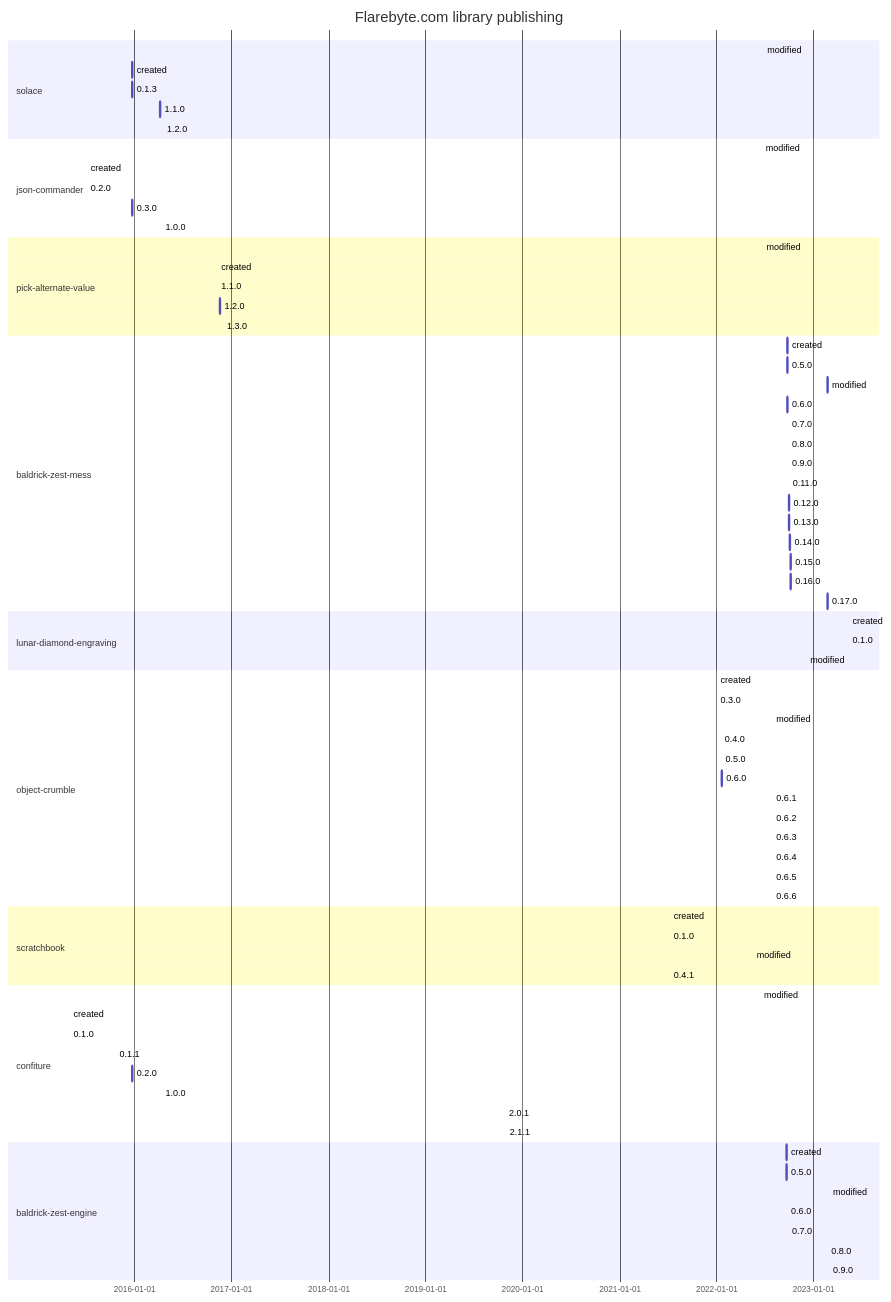
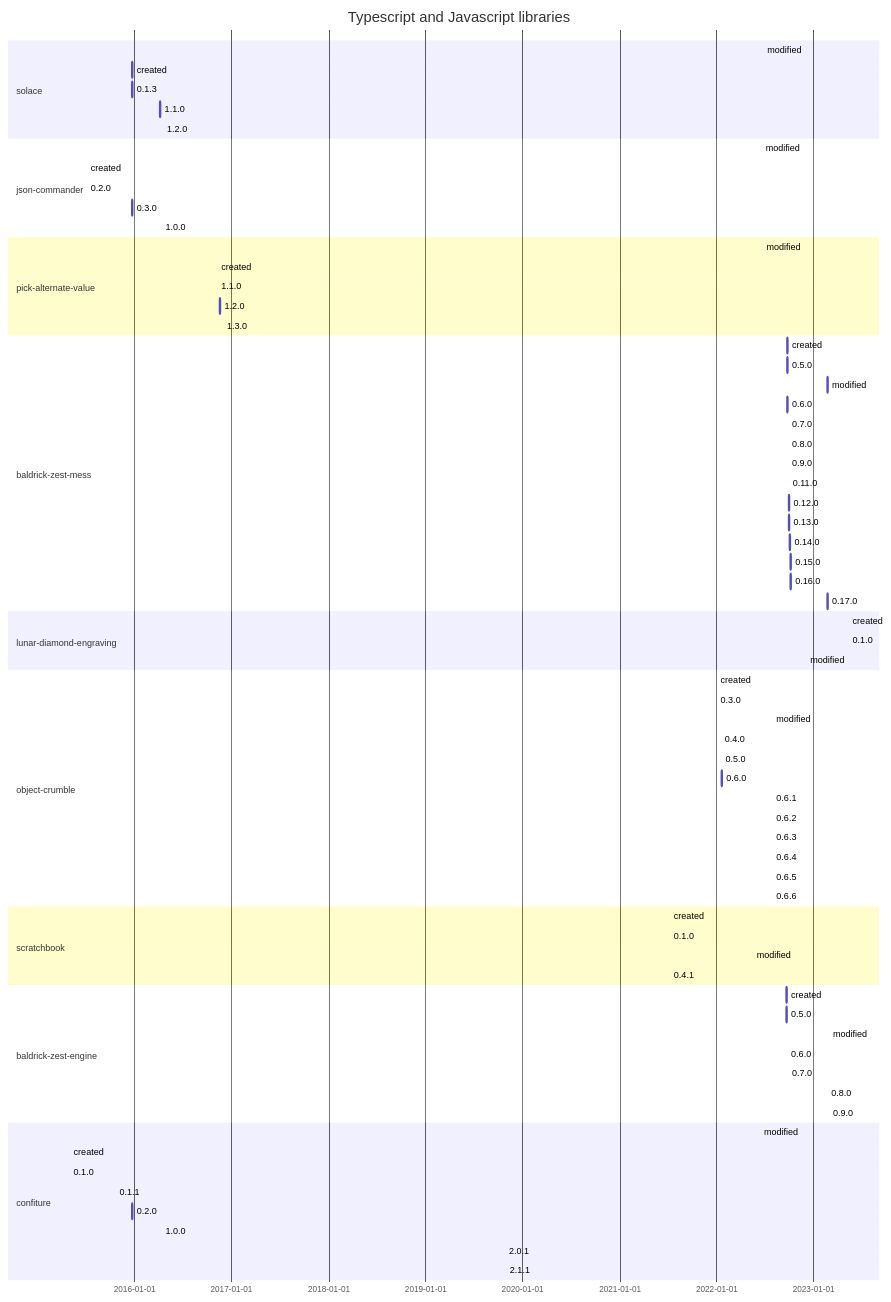
Before and after one commit to flarebyte/overview: the diagram in SOFTWARE-TIMELINE.md, drawn with Mermaid. The commit also changed other lines of this file and 1 other file, not shown here.

Commit message:
better formatting for gantt

````diff
--- a/SOFTWARE-TIMELINE.md
+++ b/SOFTWARE-TIMELINE.md
@@ -6,95 +6,95 @@
 ```mermaid
 gantt
-    title Flarebyte.com library publishing
+    title Typescript and Javascript libraries
     dateFormat  YYYY-MM-DD
 
     section solace
-   modified:, 2022-06-26, 1d
-   created:, 2015-12-25, 1d
-   0.1.3:, 2015-12-25, 1d
-   1.1.0:, 2016-04-08, 1d
-   1.2.0:, 2016-04-18, 1d
+    modified:, 2022-06-26, 1d
+    created:, 2015-12-25, 1d
+    0.1.3:, 2015-12-25, 1d
+    1.1.0:, 2016-04-08, 1d
+    1.2.0:, 2016-04-18, 1d
 
 
     section json-commander
-   modified:, 2022-06-19, 1d
-   created:, 2015-07-07, 1d
-   0.2.0:, 2015-07-07, 1d
-   0.3.0:, 2015-12-25, 1d
-   1.0.0:, 2016-04-13, 1d
+    modified:, 2022-06-19, 1d
+    created:, 2015-07-07, 1d
+    0.2.0:, 2015-07-07, 1d
+    0.3.0:, 2015-12-25, 1d
+    1.0.0:, 2016-04-13, 1d
 
 
     section pick-alternate-value
-   modified:, 2022-06-23, 1d
-   created:, 2016-11-07, 1d
-   1.1.0:, 2016-11-07, 1d
-   1.2.0:, 2016-11-19, 1d
-   1.3.0:, 2016-11-30, 1d
+    modified:, 2022-06-23, 1d
+    created:, 2016-11-07, 1d
+    1.1.0:, 2016-11-07, 1d
+    1.2.0:, 2016-11-19, 1d
+    1.3.0:, 2016-11-30, 1d
 
 
     section baldrick-zest-mess
-   created:, 2022-09-25, 1d
-   0.5.0:, 2022-09-25, 1d
-   modified:, 2023-02-23, 1d
-   0.6.0:, 2022-09-25, 1d
-   0.7.0:, 2022-09-26, 1d
-   0.8.0:, 2022-09-26, 1d
-   0.9.0:, 2022-09-26, 1d
-   0.11.0:, 2022-09-30, 1d
-   0.12.0:, 2022-10-01, 1d
-   0.13.0:, 2022-10-01, 1d
-   0.14.0:, 2022-10-04, 1d
-   0.15.0:, 2022-10-07, 1d
-   0.16.0:, 2022-10-07, 1d
-   0.17.0:, 2023-02-23, 1d
+    created:, 2022-09-25, 1d
+    0.5.0:, 2022-09-25, 1d
+    modified:, 2023-02-23, 1d
+    0.6.0:, 2022-09-25, 1d
+    0.7.0:, 2022-09-26, 1d
+    0.8.0:, 2022-09-26, 1d
+    0.9.0:, 2022-09-26, 1d
+    0.11.0:, 2022-09-30, 1d
+    0.12.0:, 2022-10-01, 1d
+    0.13.0:, 2022-10-01, 1d
+    0.14.0:, 2022-10-04, 1d
+    0.15.0:, 2022-10-07, 1d
+    0.16.0:, 2022-10-07, 1d
+    0.17.0:, 2023-02-23, 1d
 
 
     section lunar-diamond-engraving
-   created:, 2023-05-12, 1d
-   0.1.0:, 2023-05-12, 1d
-   modified:, 2023-05-12, 1d
+    created:, 2023-05-12, 1d
+    0.1.0:, 2023-05-12, 1d
+    modified:, 2023-05-12, 1d
 
 
     section object-crumble
-   created:, 2022-01-01, 1d
-   0.3.0:, 2022-01-01, 1d
-   modified:, 2022-07-29, 1d
-   0.4.0:, 2022-01-16, 1d
-   0.5.0:, 2022-01-20, 1d
-   0.6.0:, 2022-01-21, 1d
-   0.6.1:, 2022-07-29, 1d
-   0.6.2:, 2022-07-29, 1d
-   0.6.3:, 2022-07-29, 1d
-   0.6.4:, 2022-07-29, 1d
-   0.6.5:, 2022-07-29, 1d
-   0.6.6:, 2022-07-29, 1d
+    created:, 2022-01-01, 1d
+    0.3.0:, 2022-01-01, 1d
+    modified:, 2022-07-29, 1d
+    0.4.0:, 2022-01-16, 1d
+    0.5.0:, 2022-01-20, 1d
+    0.6.0:, 2022-01-21, 1d
+    0.6.1:, 2022-07-29, 1d
+    0.6.2:, 2022-07-29, 1d
+    0.6.3:, 2022-07-29, 1d
+    0.6.4:, 2022-07-29, 1d
+    0.6.5:, 2022-07-29, 1d
+    0.6.6:, 2022-07-29, 1d
 
 
     section scratchbook
-   created:, 2021-07-08, 1d
-   0.1.0:, 2021-07-08, 1d
-   modified:, 2022-05-17, 1d
-   0.4.1:, 2021-07-09, 1d
+    created:, 2021-07-08, 1d
+    0.1.0:, 2021-07-08, 1d
+    modified:, 2022-05-17, 1d
+    0.4.1:, 2021-07-09, 1d
+
+
+    section baldrick-zest-engine
+    created:, 2022-09-21, 1d
+    0.5.0:, 2022-09-21, 1d
+    modified:, 2023-02-27, 1d
+    0.6.0:, 2022-09-23, 1d
+    0.7.0:, 2022-09-26, 1d
+    0.8.0:, 2023-02-21, 1d
+    0.9.0:, 2023-02-27, 1d
 
 
     section confiture
-   modified:, 2022-06-13, 1d
-   created:, 2015-05-03, 1d
-   0.1.0:, 2015-05-03, 1d
-   0.1.1:, 2015-10-23, 1d
-   0.2.0:, 2015-12-25, 1d
-   1.0.0:, 2016-04-12, 1d
-   2.0.1:, 2019-10-28, 1d
-   2.1.1:, 2019-10-31, 1d
-
-
-    section baldrick-zest-engine
-   created:, 2022-09-21, 1d
-   0.5.0:, 2022-09-21, 1d
-   modified:, 2023-02-27, 1d
-   0.6.0:, 2022-09-23, 1d
-   0.7.0:, 2022-09-26, 1d
-   0.8.0:, 2023-02-21, 1d
-   0.9.0:, 2023-02-27, 1d
+    modified:, 2022-06-13, 1d
+    created:, 2015-05-03, 1d
+    0.1.0:, 2015-05-03, 1d
+    0.1.1:, 2015-10-23, 1d
+    0.2.0:, 2015-12-25, 1d
+    1.0.0:, 2016-04-12, 1d
+    2.0.1:, 2019-10-28, 1d
+    2.1.1:, 2019-10-31, 1d
 
 ```
````
